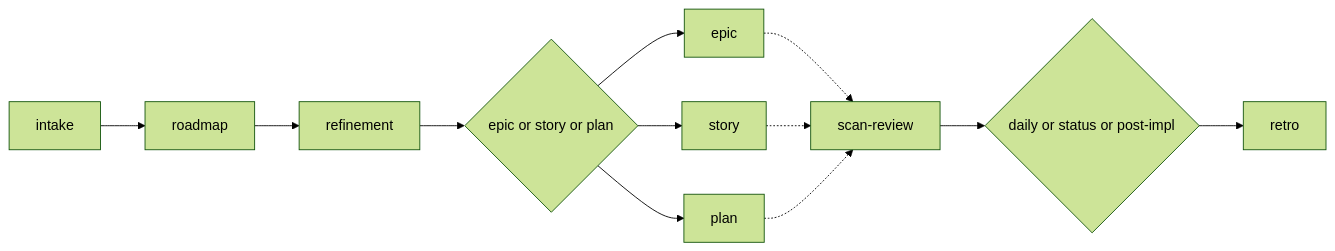
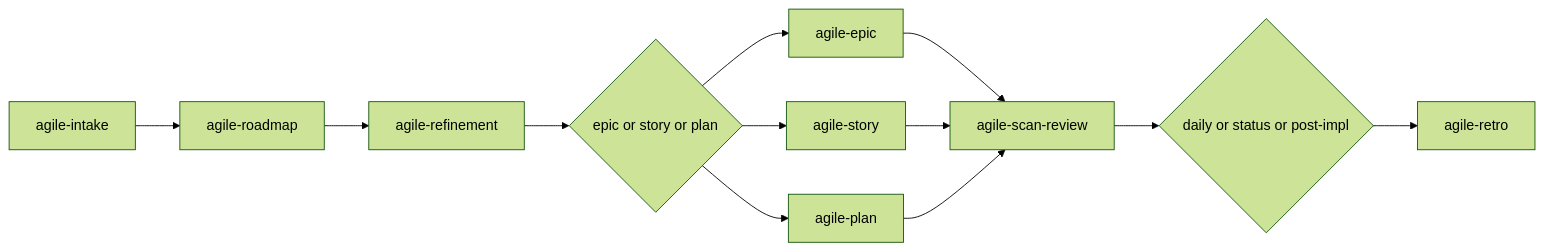
The diagram in docs/agile/agile-onboarding.md (djalmajr/essential-skills), drawn with Mermaid (forest theme) before and after one commit. The commit also changed other lines of this file and 46 other files, not shown here.

````diff
--- a/docs/agile/agile-onboarding.md
+++ b/docs/agile/agile-onboarding.md
@@ -23,14 +63,14 @@
-   ```mermaid
-   flowchart LR
-       A[intake] --> B[roadmap]
-       B --> C[refinement]
-       C --> D{epic or story or plan}
-       D --> E[epic]
-       D --> F[story]
-       D --> G[plan]
-       E -.-> H[scan-review]
-       F -.-> H
-       G -.-> H
-       H --> I{daily or status or post-impl}
-       I --> J[retro]
-   ```
+```mermaid
+flowchart LR
+    A[agile-intake] --> B[agile-roadmap]
+    B --> C[agile-refinement]
+    C --> D{epic or story or plan}
+    D --> E[agile-epic]
+    D --> F[agile-story]
+    D --> G[agile-plan]
+    E --> H[agile-scan-review]
+    F --> H
+    G --> H
+    H --> I{daily or status or post-impl}
+    I --> J[agile-retro]
+```
````
